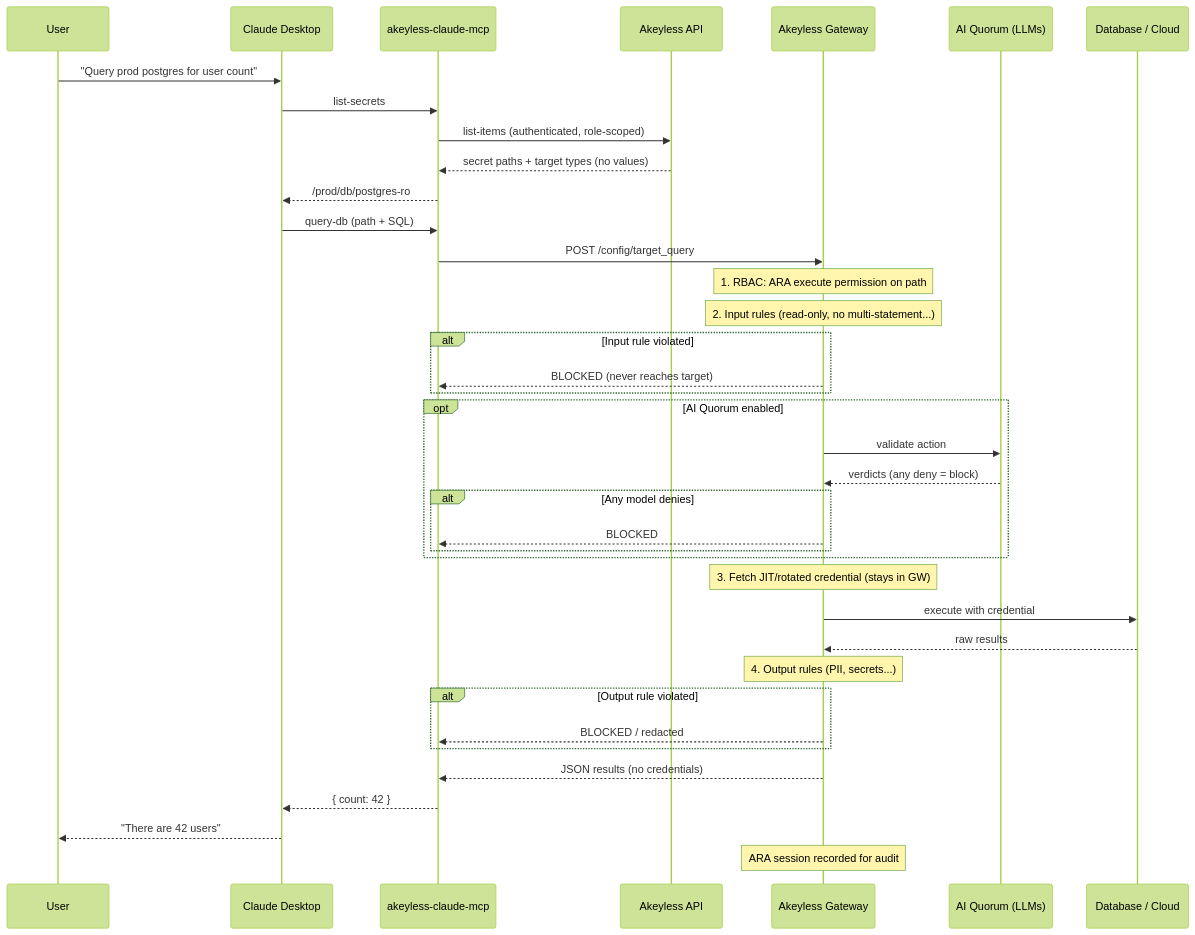
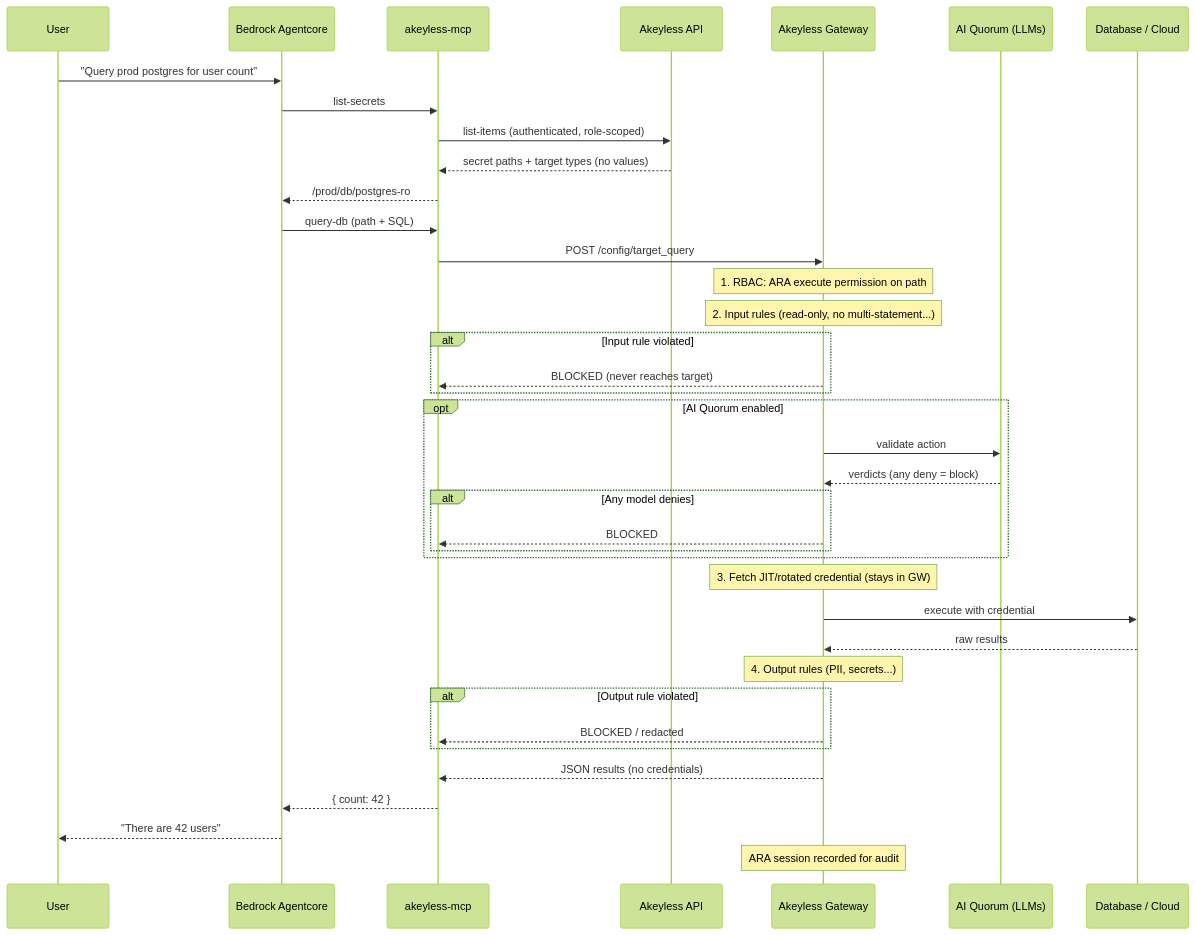
The diagram in README.md (akeyless-community/bedrock-agentcore-akeyless-rta), drawn with Mermaid (forest theme) before and after one commit.

Commit message:
SEO optimization

````diff
--- a/README.md
+++ b/README.md
@@ -64,41 +64,41 @@
 ```mermaid
 sequenceDiagram
     participant U as User
-    participant C as Claude Desktop
-    participant M as akeyless-claude-mcp
+    participant C as Bedrock Agentcore
+    participant M as akeyless-mcp
     participant A as Akeyless API
     participant G as Akeyless Gateway
     participant L as AI Quorum (LLMs)
     participant R as Database / Cloud
 
     U->>C: "Query prod postgres for user count"
     C->>M: list-secrets
     M->>A: list-items (authenticated, role-scoped)
     A-->>M: secret paths + target types (no values)
     M-->>C: /prod/db/postgres-ro
     C->>M: query-db (path + SQL)
     M->>G: POST /config/target_query
     Note over G: 1. RBAC: ARA execute permission on path
     Note over G: 2. Input rules (read-only, no multi-statement...)
     alt Input rule violated
         G-->>M: BLOCKED (never reaches target)
     end
     opt AI Quorum enabled
         G->>L: validate action
         L-->>G: verdicts (any deny = block)
         alt Any model denies
             G-->>M: BLOCKED
         end
     end
     Note over G: 3. Fetch JIT/rotated credential (stays in GW)
     G->>R: execute with credential
     R-->>G: raw results
     Note over G: 4. Output rules (PII, secrets...)
     alt Output rule violated
         G-->>M: BLOCKED / redacted
     end
     G-->>M: JSON results (no credentials)
     M-->>C: { count: 42 }
     C-->>U: "There are 42 users"
     Note over G: ARA session recorded for audit
 ```
````
